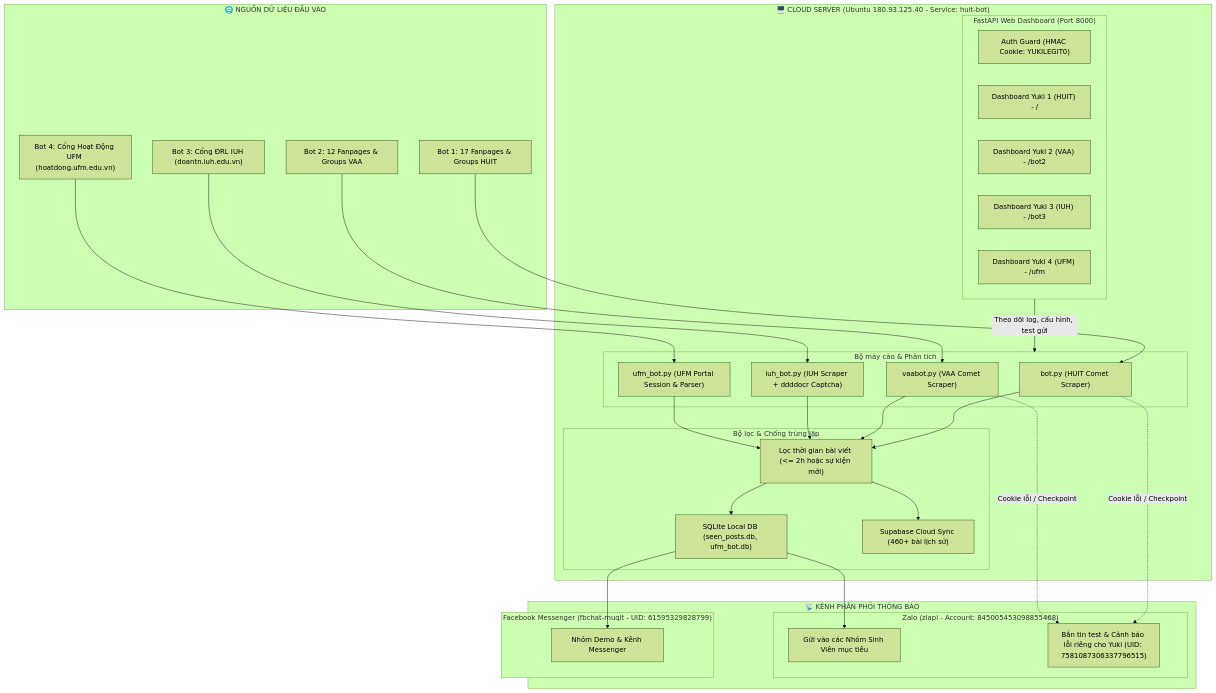
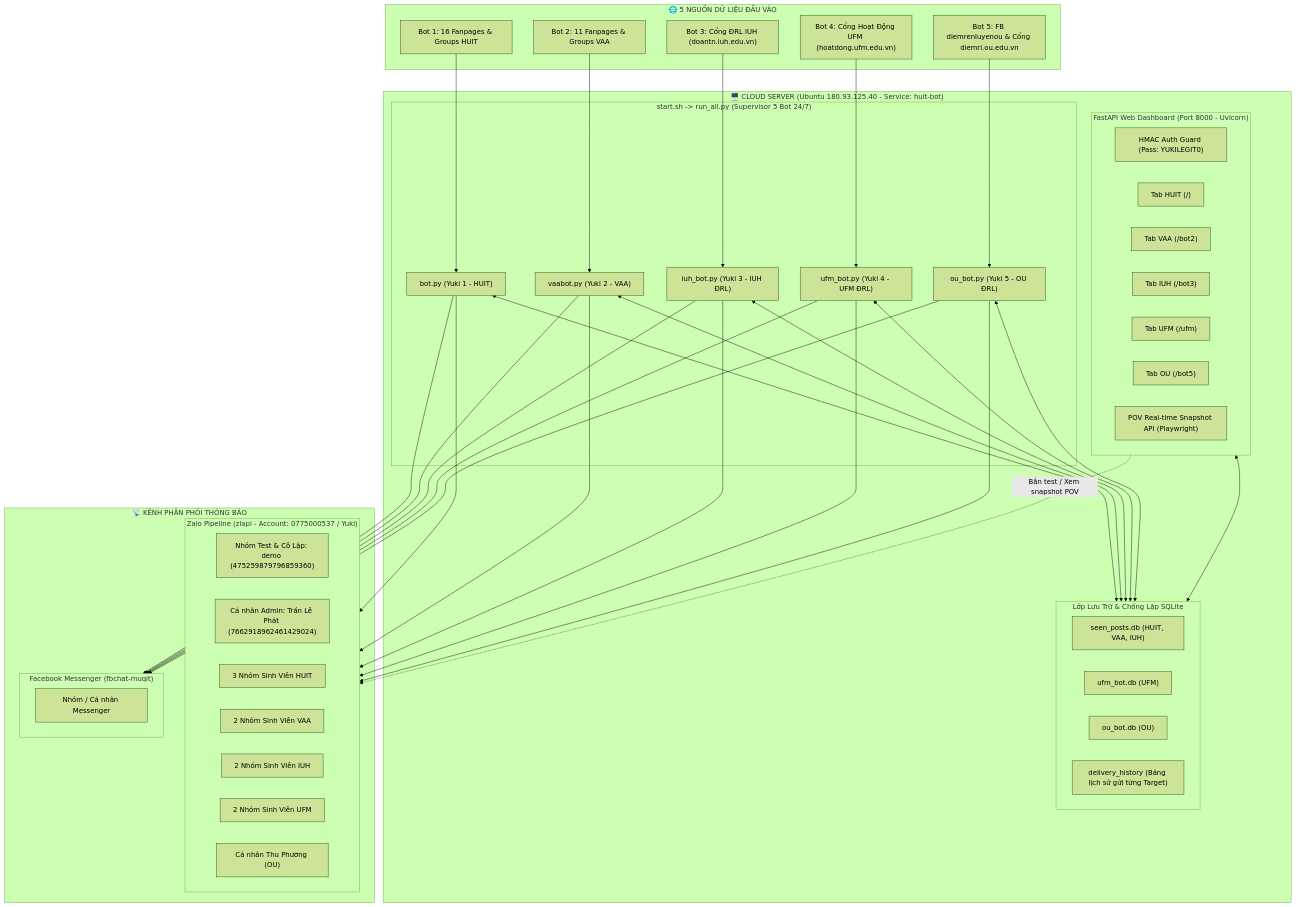
Before and after one commit to yukilegit11-creator/huit-bot: the diagram in ARCHITECTURE.md, drawn with Mermaid (forest theme). The commit also changed other lines of this file and 23 other files, not shown here.

Commit message:
fix(zalo): sync correct Yuki thread IDs, fix demo test targets, add real-time portal snapshot for IUH/UFM/OU

````diff
--- a/ARCHITECTURE.md
+++ b/ARCHITECTURE.md
@@ -9,56 +10,65 @@
 ```mermaid
 flowchart TD
-    subgraph DATA_SOURCES["🌐 NGUỒN DỮ LIỆU ĐẦU VÀO"]
-        SRC_FB1["Bot 1: 17 Fanpages & Groups HUIT"]
-        SRC_FB2["Bot 2: 12 Fanpages & Groups VAA"]
+    subgraph DATA_SOURCES["🌐 5 NGUỒN DỮ LIỆU ĐẦU VÀO"]
+        SRC_HUIT["Bot 1: 16 Fanpages & Groups HUIT"]
+        SRC_VAA["Bot 2: 11 Fanpages & Groups VAA"]
         SRC_IUH["Bot 3: Cổng ĐRL IUH (doantn.iuh.edu.vn)"]
         SRC_UFM["Bot 4: Cổng Hoạt Động UFM (hoatdong.ufm.edu.vn)"]
+        SRC_OU["Bot 5: FB diemrenluyenou & Cổng diemrl.ou.edu.vn"]
     end
 
-    subgraph CORE_VPS["🖥️ CLOUD SERVER (Ubuntu 180.93.125.40 - Service: huit-bot)"]
-        subgraph ENGINES["Bộ máy cào & Phân tích"]
-            SCR_HUIT["bot.py (HUIT Comet Scraper)"]
-            SCR_VAA["vaabot.py (VAA Comet Scraper)"]
-            SCR_IUH["iuh_bot.py (IUH Scraper + ddddocr Captcha)"]
-            SCR_UFM["ufm_bot.py (UFM Portal Session & Parser)"]
+    subgraph CLOUD_VPS["🖥️ CLOUD SERVER (Ubuntu 180.93.125.40 - Service: huit-bot)"]
+        subgraph PROCESS_SUPERVISOR["start.sh -> run_all.py (Supervisor 5 Bot 24/7)"]
+            P1["bot.py (Yuki 1 - HUIT)"]
+            P2["vaabot.py (Yuki 2 - VAA)"]
+            P3["iuh_bot.py (Yuki 3 - IUH ĐRL)"]
+            P4["ufm_bot.py (Yuki 4 - UFM ĐRL)"]
+            P5["ou_bot.py (Yuki 5 - OU ĐRL)"]
         end
 
-        subgraph DEDUPLICATION["Bộ lọc & Chống trùng lặp"]
-            FILTER_TIME["Lọc thời gian bài viết (<= 2h hoặc sự kiện mới)"]
-            SQLITE_DB["SQLite Local DB (seen_posts.db, ufm_bot.db)"]
-            SUPABASE_SYNC["Supabase Cloud Sync (460+ bài lịch sử)"]
+        subgraph FASTAPI_WEB["FastAPI Web Dashboard (Port 8000 - Uvicorn)"]
+            AUTH["HMAC Auth Guard (Pass: YUKILEGIT0)"]
+            UI_HUIT["Tab HUIT (/)"]
+            UI_VAA["Tab VAA (/bot2)"]
+            UI_IUH["Tab IUH (/bot3)"]
+            UI_UFM["Tab UFM (/ufm)"]
+            UI_OU["Tab OU (/bot5)"]
+            POV_API["POV Real-time Snapshot API (Playwright)"]
         end
 
-        subgraph WEB_DASHBOARD["FastAPI Web Dashboard (Port 8000)"]
-            AUTH_GUARD["Auth Guard (HMAC Cookie: YUKILEGIT0)"]
-            UI_BOT1["Dashboard Yuki 1 (HUIT) - /"]
-            UI_BOT2["Dashboard Yuki 2 (VAA) - /bot2"]
-            UI_BOT3["Dashboard Yuki 3 (IUH) - /bot3"]
-            UI_BOT4["Dashboard Yuki 4 (UFM) - /ufm"]
+        subgraph STORAGE_LAYER["Lớp Lưu Trữ & Chống Lặp SQLite"]
+            DB_MAIN["seen_posts.db (HUIT, VAA, IUH)"]
+            DB_UFM["ufm_bot.db (UFM)"]
+            DB_OU["ou_bot.db (OU)"]
+            DELIV_HIST["delivery_history (Bảng lịch sử gửi từng Target)"]
         end
     end
 
-    subgraph DISPATCH_CHANNELS["📡 KÊNH PHÂN PHỐI THÔNG BÁO"]
-        subgraph ZALO_PIPELINE["Zalo (zlapi - Account: 845005453098855468)"]
-            ZALO_GROUPS["Gửi vào các Nhóm Sinh Viên mục tiêu"]
-            ZALO_ADMIN["Bắn tin test & Cảnh báo lỗi riêng cho Yuki (UID: 7581087306337796515)"]
+    subgraph DISPATCH_PIPELINE["📡 KÊNH PHÂN PHỐI THÔNG BÁO"]
+        subgraph ZALO_NET["Zalo Pipeline (zlapi - Account: 0775000537 / Yuki)"]
+            TARGET_DEMO["Nhóm Test & Cô Lập: demo (475259879796859360)"]
+            TARGET_ADMIN["Cá nhân Admin: Trần Lê Phát (7662918962461429024)"]
+            GROUPS_HUIT["3 Nhóm Sinh Viên HUIT"]
+            GROUPS_VAA["2 Nhóm Sinh Viên VAA"]
+            GROUPS_IUH["2 Nhóm Sinh Viên IUH"]
+            GROUPS_UFM["2 Nhóm Sinh Viên UFM"]
+            GROUPS_OU["Cá nhân Thu Phương (OU)"]
         end
 
-        subgraph FB_MESSENGER["Facebook Messenger (fbchat-muqit - UID: 61595329828799)"]
-            MSGR_GROUPS["Nhóm Demo & Kênh Messenger"]
+        subgraph MSGR_NET["Facebook Messenger (fbchat-muqit)"]
+            MSGR_TARGET["Nhóm / Cá nhân Messenger"]
         end
     end
 
-    SRC_FB1 --> SCR_HUIT
-    SRC_FB2 --> SCR_VAA
-    SRC_IUH --> SCR_IUH
-    SRC_UFM --> SCR_UFM
+    SRC_HUIT --> P1
+    SRC_VAA --> P2
+    SRC_IUH --> P3
+    SRC_UFM --> P4
+    SRC_OU --> P5
 
-    SCR_HUIT & SCR_VAA & SCR_IUH & SCR_UFM --> FILTER_TIME
-    FILTER_TIME --> SQLITE_DB & SUPABASE_SYNC
+    P1 & P2 & P3 & P4 & P5 <--> STORAGE_LAYER
+    P1 & P2 & P3 & P4 & P5 --> ZALO_NET & MSGR_NET
 
-    SQLITE_DB --> ZALO_GROUPS & MSGR_GROUPS
-    SCR_HUIT & SCR_VAA -.->|"Cookie lỗi / Checkpoint"| ZALO_ADMIN
-
-    WEB_DASHBOARD -->|"Theo dõi log, cấu hình, test gửi"| ENGINES
+    FASTAPI_WEB <--> STORAGE_LAYER
+    FASTAPI_WEB -.->|"Bắn test / Xem snapshot POV"| ZALO_NET
 ```
````
